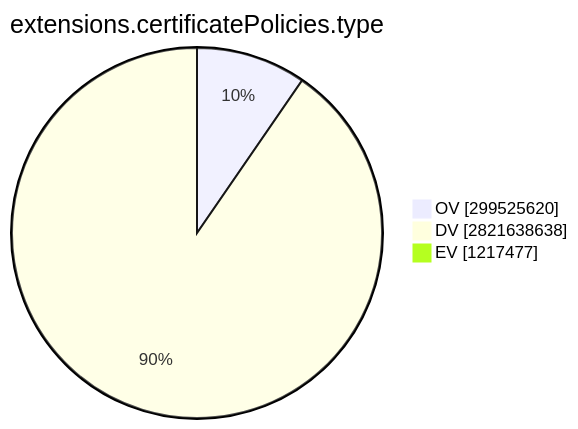
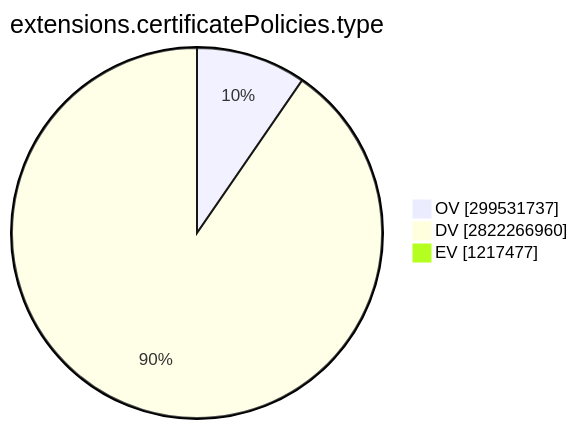
One commit to christiankrug/ctmonitor_visualization changed the ninth of 15 diagrams in TOTAL/README.md. Above: the diagram before and after it, drawn with Mermaid. The commit also changed other lines of this file, not shown here.

````diff
--- a/TOTAL/README.md
+++ b/TOTAL/README.md
@@ -3101,7 +3101,7 @@
 ```mermaid
 pie showData
 title extensions.certificatePolicies.type
-"OV" :299525620
-"DV" :2821638638
+"OV" :299531737
+"DV" :2822266960
 "EV" :1217477
 ```
````
